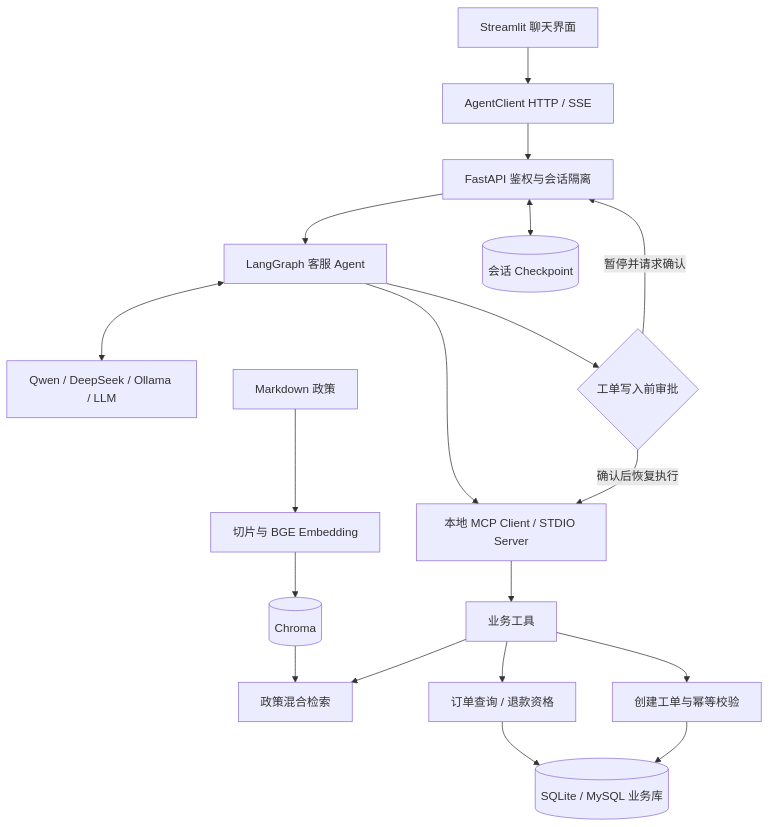
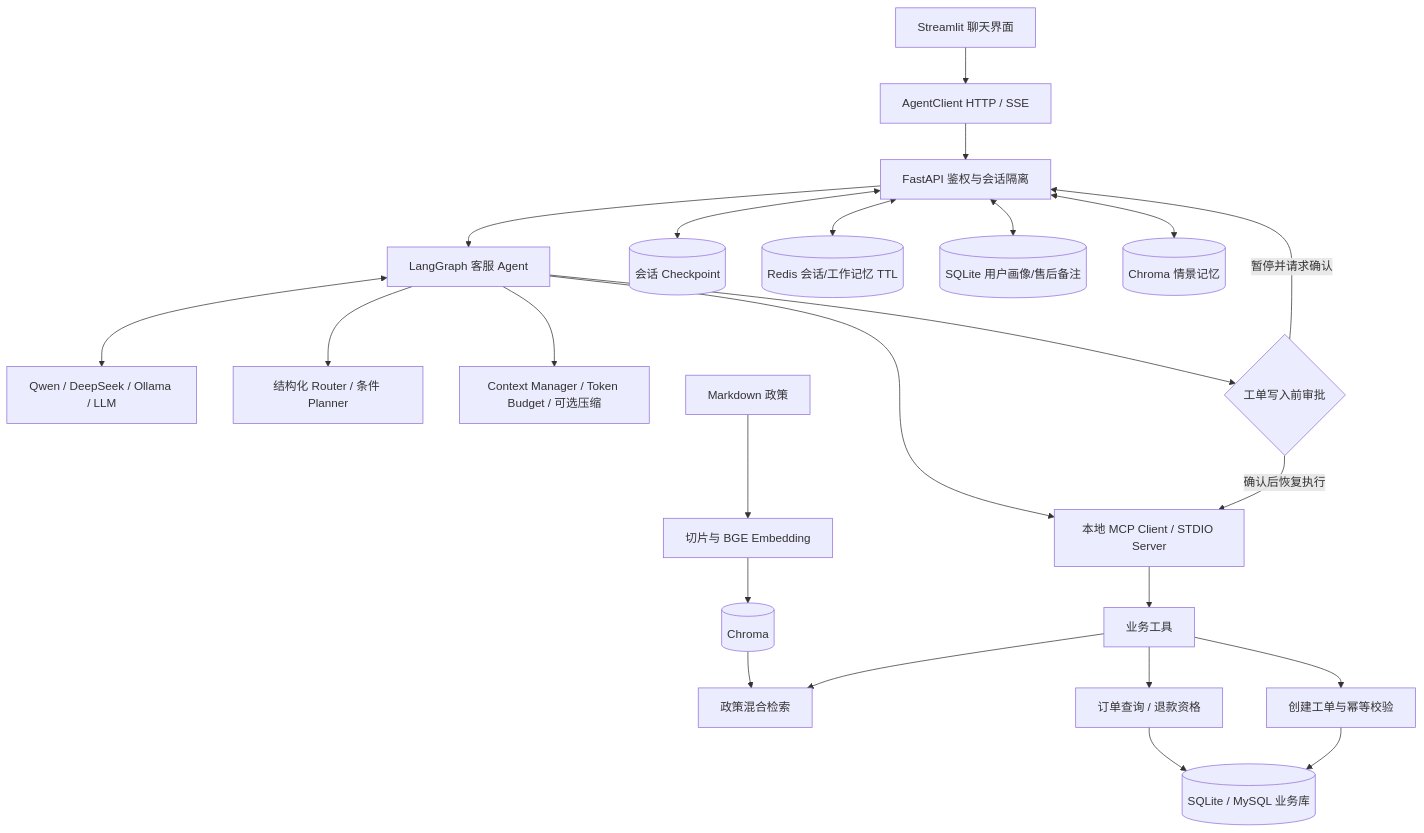
Before and after one commit to Snape001/OrderCare-Agent: the diagram in README.md, drawn with Mermaid. The commit also changed other lines of this file and 59 other files, not shown here.

````diff
--- a/README.md
+++ b/README.md
@@ -67,21 +80,26 @@
 ```mermaid
 flowchart TD
     UI[Streamlit 聊天界面] --> Client[AgentClient HTTP / SSE]
     Client --> API[FastAPI 鉴权与会话隔离]
     API --> Agent[LangGraph 客服 Agent]
     API <--> CP[(会话 Checkpoint)]
+    API <--> Redis[(Redis 会话/工作记忆 TTL)]
+    API <--> Profile[(SQLite 用户画像/售后备注)]
+    API <--> Episode[(Chroma 情景记忆)]
     Agent <--> LLM[Qwen / DeepSeek / Ollama / LLM]
+    Agent --> Router[结构化 Router / 条件 Planner]
+    Agent --> Context[Context Manager / Token Budget / 可选压缩]
     Agent --> MCP[本地 MCP Client / STDIO Server]
     MCP --> Tools[业务工具]
     Tools --> RAG[政策混合检索]
     Policy[Markdown 政策] --> Index[切片与 BGE Embedding]
     Index --> Chroma[(Chroma)]
     Chroma --> RAG
     Tools --> Read[订单查询 / 退款资格]
     Read --> DB[(SQLite / MySQL 业务库)]
     Agent --> Approval{工单写入前审批}
     Approval -->|暂停并请求确认| API
     Approval -->|确认后恢复执行| MCP
     Tools --> Ticket[创建工单与幂等校验]
     Ticket --> DB
 ```
````
